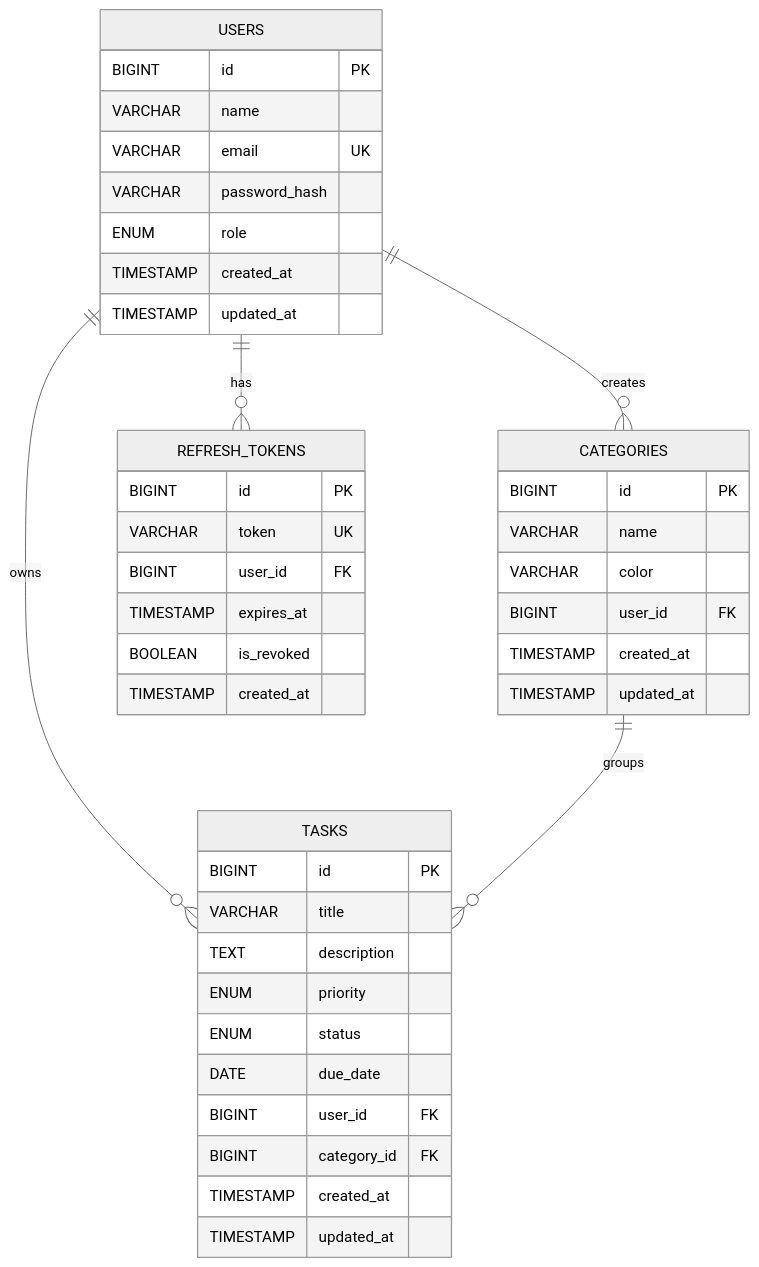
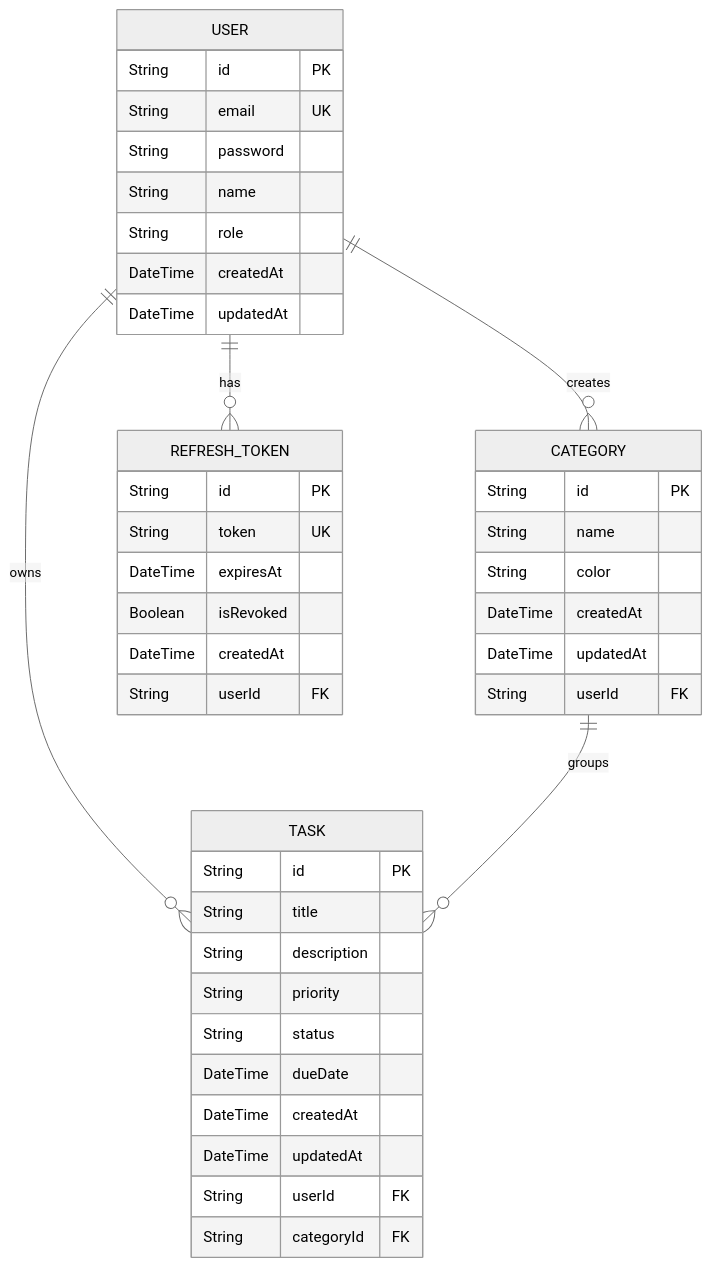
Before and after one commit to ramanverse/sesd: the diagram in ErDiagram.md, drawn with Mermaid (neutral theme). The commit also changed other lines of this file and 4 other files, not shown here.

Commit message:
docs: Add architecture diagrams and project idea

````diff
--- a/ErDiagram.md
+++ b/ErDiagram.md
@@ -11,50 +3,48 @@
 ```mermaid
 erDiagram
-
-    USERS {
-        BIGINT id PK
-        VARCHAR name
-        VARCHAR email UK
-        VARCHAR password_hash
-        ENUM role
-        TIMESTAMP created_at
-        TIMESTAMP updated_at
+    USER {
+        String id PK
+        String email UK
+        String password
+        String name
+        String role
+        DateTime createdAt
+        DateTime updatedAt
     }
 
-    CATEGORIES {
-        BIGINT id PK
-        VARCHAR name
-        VARCHAR color
-        BIGINT user_id FK
-        TIMESTAMP created_at
-        TIMESTAMP updated_at
+    TASK {
+        String id PK
+        String title
+        String description
+        String priority
+        String status
+        DateTime dueDate
+        DateTime createdAt
+        DateTime updatedAt
+        String userId FK
+        String categoryId FK
     }
 
-    TASKS {
-        BIGINT id PK
-        VARCHAR title
-        TEXT description
-        ENUM priority
-        ENUM status
-        DATE due_date
-        BIGINT user_id FK
-        BIGINT category_id FK
-        TIMESTAMP created_at
-        TIMESTAMP updated_at
+    CATEGORY {
+        String id PK
+        String name
+        String color
+        DateTime createdAt
+        DateTime updatedAt
+        String userId FK
     }
 
-    REFRESH_TOKENS {
-        BIGINT id PK
-        VARCHAR token UK
-        BIGINT user_id FK
-        TIMESTAMP expires_at
-        BOOLEAN is_revoked
-        TIMESTAMP created_at
+    REFRESH_TOKEN {
+        String id PK
+        String token UK
+        DateTime expiresAt
+        Boolean isRevoked
+        DateTime createdAt
+        String userId FK
     }
 
-    %% ─── Relationships ───
-    USERS ||--o{ TASKS : "owns"
-    USERS ||--o{ CATEGORIES : "creates"
-    USERS ||--o{ REFRESH_TOKENS : "has"
-    CATEGORIES ||--o{ TASKS : "groups"
+    USER ||--o{ TASK : "owns"
+    USER ||--o{ CATEGORY : "creates"
+    USER ||--o{ REFRESH_TOKEN : "has"
+    CATEGORY ||--o{ TASK : "groups"
 ```
````
